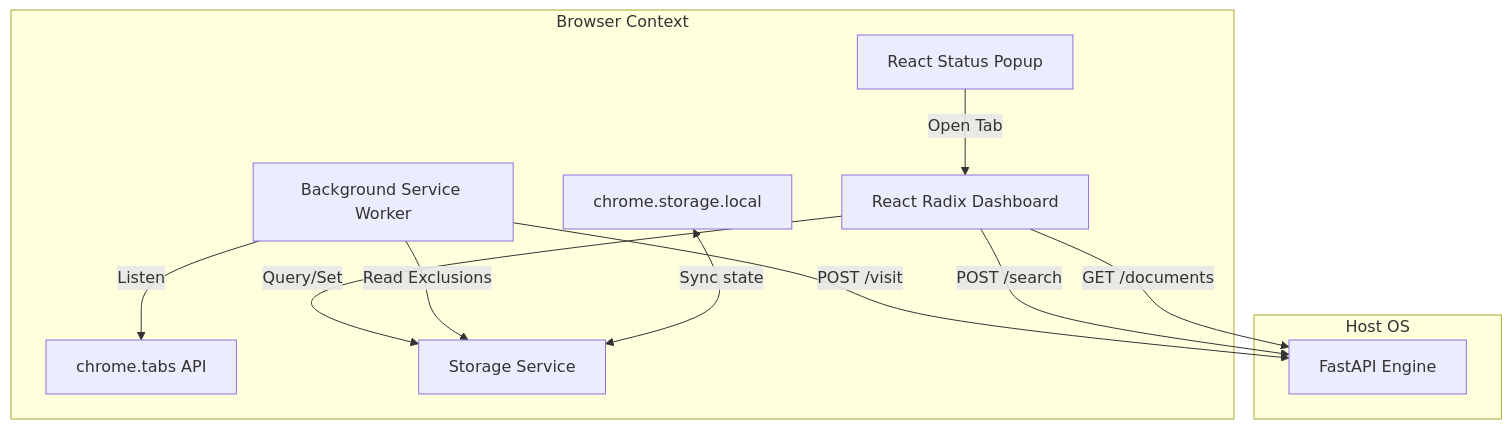
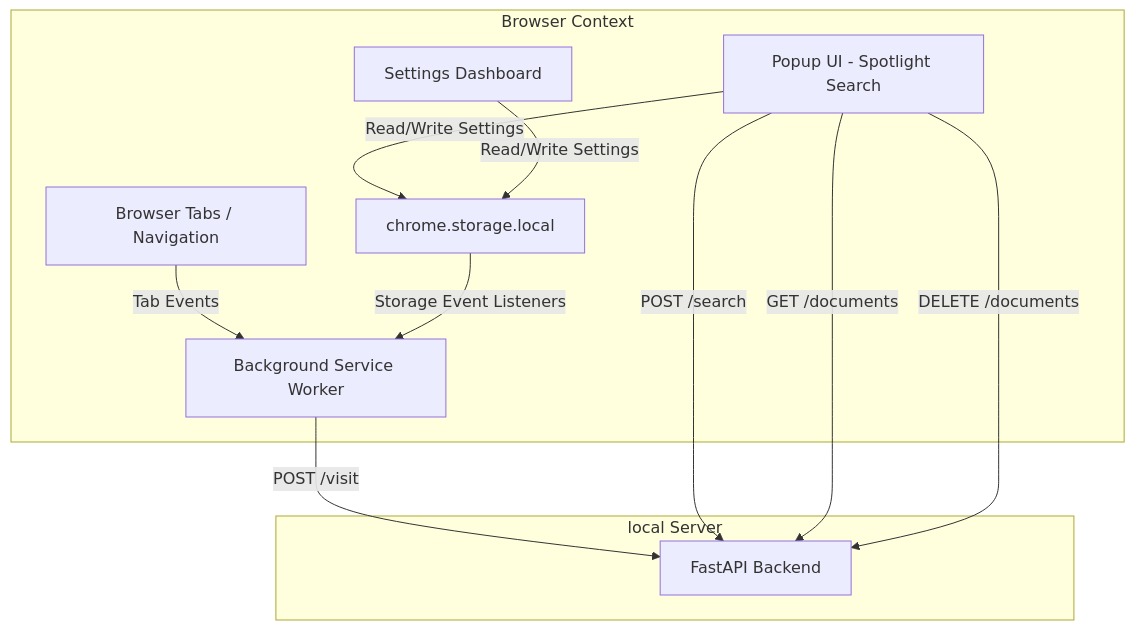
One commit to SpreadSheets600/MindCache changed the diagram in extension/docs/Architecture.md. Above: the diagram before and after it, drawn with Mermaid. The commit also changed other lines of this file and 64 other files, not shown here.

Commit message:
feat: Redesign Chrome Extension Structuring New Pages for Fullscreen Semantic Search and Interactive Knowledge Graph

````diff
--- a/extension/docs/Architecture.md
+++ b/extension/docs/Architecture.md
@@ -9,18 +7,16 @@
 ```mermaid
 graph TD
     subgraph Browser Context
-        Worker[Background Service Worker] -->|Listen| Tabs[chrome.tabs API]
-        Popup[React Status Popup] -->|Open Tab| Dash[React Radix Dashboard]
-        Dash -->|Query/Set| StorageService[Storage Service]
-        Worker -->|Read Exclusions| StorageService
-        Storage[chrome.storage.local] <-->|Sync state| StorageService
+        A[Browser Tabs / Navigation] -->|Tab Events| B[Background Service Worker]
+        C[Popup UI - Spotlight Search] -->|Read/Write Settings| D[chrome.storage.local]
+        E[Settings Dashboard] -->|Read/Write Settings| D
+        D -->|Storage Event Listeners| B
     end
 
-    subgraph Host OS
-        Backend[FastAPI Engine]
+    subgraph local Server
+        B -->|POST /visit| F[FastAPI Backend]
+        C -->|POST /search| F
+        C -->|GET /documents| F
+        C -->|DELETE /documents| F
     end
-
-    Worker -->|POST /visit| Backend
-    Dash -->|POST /search| Backend
-    Dash -->|GET /documents| Backend
 ```
````
